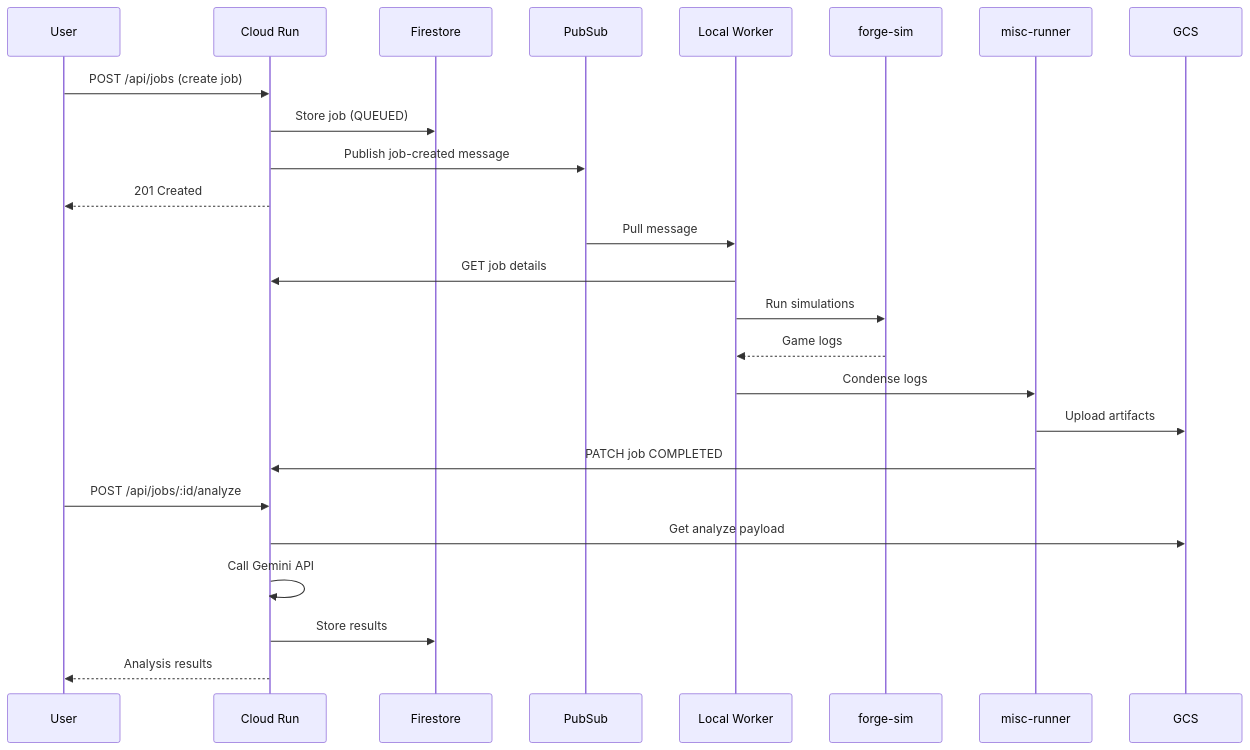
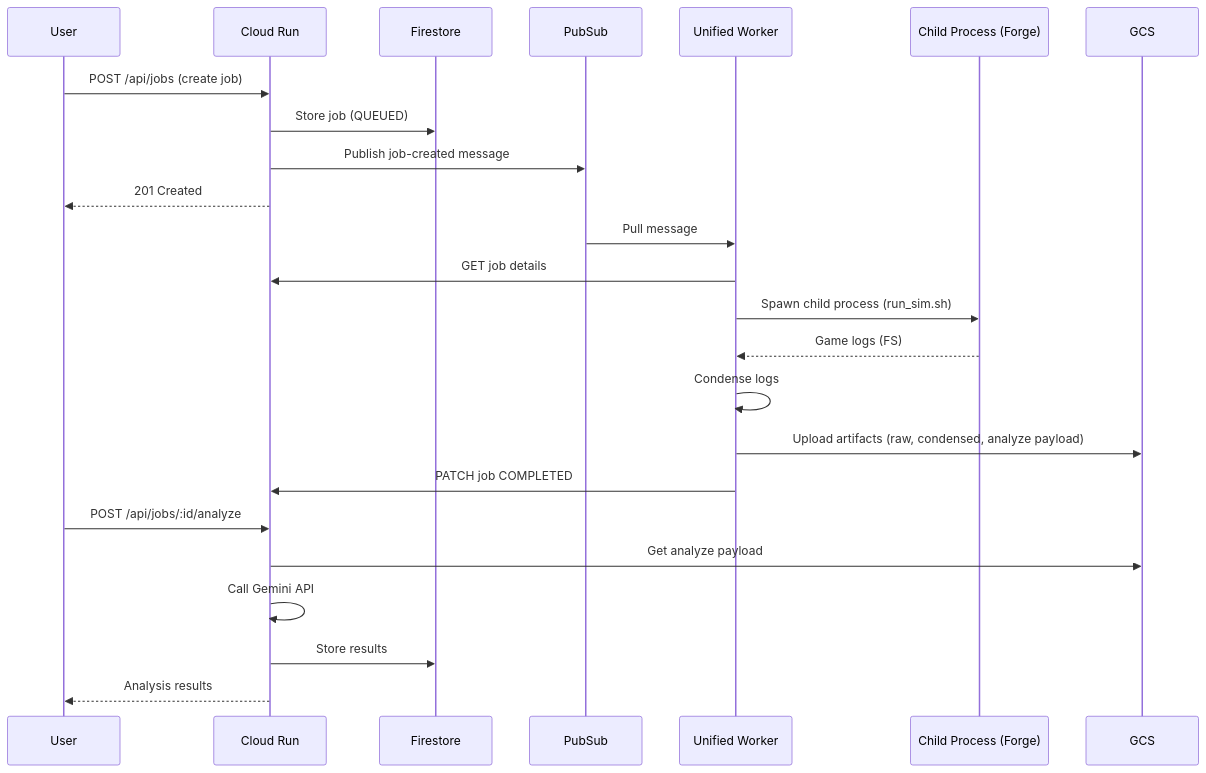
Before and after one commit to TytaniumDev/MagicBracketSimulator: the second of 6 diagrams in docs/ARCHITECTURE.md, drawn with Mermaid. The commit also changed other lines of this file and 2 other files, not shown here.

First line of the commit message:
docs: update architecture to reflect Unified Worker and enhance contributing guide

````diff
--- a/docs/ARCHITECTURE.md
+++ b/docs/ARCHITECTURE.md
@@ -67,31 +65,30 @@
 ```mermaid
 sequenceDiagram
     participant User
     participant CloudRun as Cloud Run
     participant Firestore
     participant PubSub
-    participant LocalWorker as Local Worker
-    participant ForgeSim as forge-sim
-    participant MiscRunner as misc-runner
+    participant Worker as Unified Worker
+    participant ForgeSim as Child Process (Forge)
     participant GCS
 
     User->>CloudRun: POST /api/jobs (create job)
     CloudRun->>Firestore: Store job (QUEUED)
     CloudRun->>PubSub: Publish job-created message
     CloudRun-->>User: 201 Created
 
-    PubSub->>LocalWorker: Pull message
-    LocalWorker->>CloudRun: GET job details
-    LocalWorker->>ForgeSim: Run simulations
-    ForgeSim-->>LocalWorker: Game logs
+    PubSub->>Worker: Pull message
+    Worker->>CloudRun: GET job details
+    Worker->>ForgeSim: Spawn child process (run_sim.sh)
+    ForgeSim-->>Worker: Game logs (FS)
 
-    LocalWorker->>MiscRunner: Condense logs
-    MiscRunner->>GCS: Upload artifacts
-    MiscRunner->>CloudRun: PATCH job COMPLETED
+    Worker->>Worker: Condense logs
+    Worker->>GCS: Upload artifacts (raw, condensed, analyze payload)
+    Worker->>CloudRun: PATCH job COMPLETED
 
     User->>CloudRun: POST /api/jobs/:id/analyze
     CloudRun->>GCS: Get analyze payload
     CloudRun->>CloudRun: Call Gemini API
     CloudRun->>Firestore: Store results
     CloudRun-->>User: Analysis results
 ```
````
